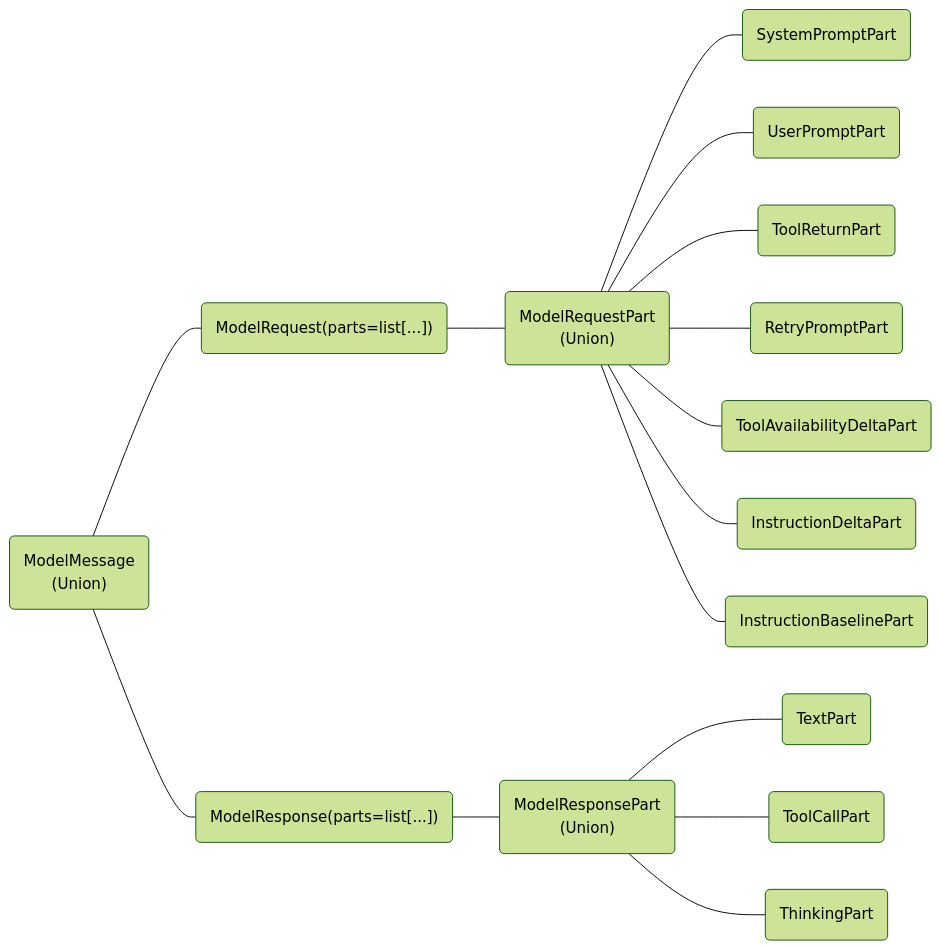
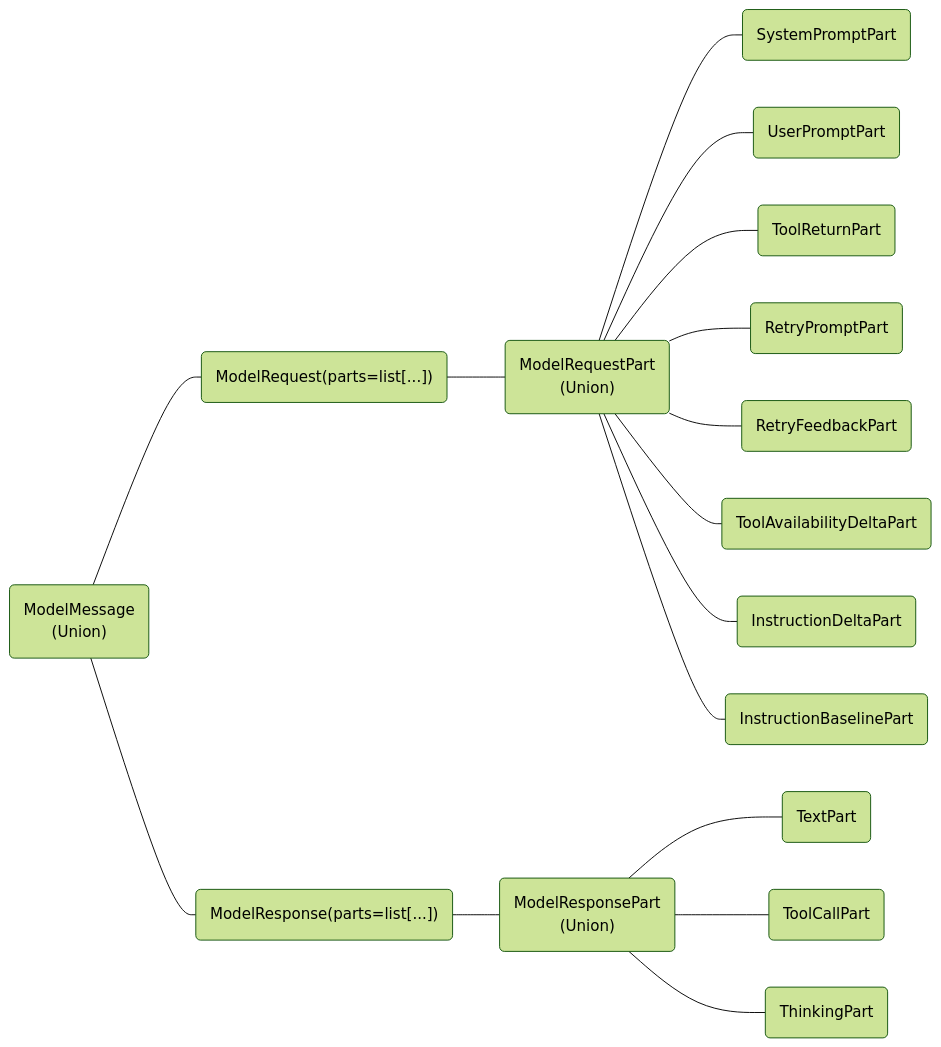
The diagram in docs/api/messages.md (pydantic/pydantic-ai), drawn with Mermaid (forest theme) before and after one commit. The commit also changed other lines of this file and 205 other files, not shown here.

Commit message:
Deprecate `RetryPromptPart` in favor of `ToolReturnPart(outcome='retried')` and `RetryFeedbackPart` (#8094)

````diff
--- a/docs/api/messages.md
+++ b/docs/api/messages.md
@@ -5,17 +5,18 @@
 ```mermaid
 graph RL
     SystemPromptPart(SystemPromptPart) --- ModelRequestPart
     UserPromptPart(UserPromptPart) --- ModelRequestPart
     ToolReturnPart(ToolReturnPart) --- ModelRequestPart
     RetryPromptPart(RetryPromptPart) --- ModelRequestPart
+    RetryFeedbackPart(RetryFeedbackPart) --- ModelRequestPart
     ToolAvailabilityDeltaPart(ToolAvailabilityDeltaPart) --- ModelRequestPart
     InstructionDeltaPart(InstructionDeltaPart) --- ModelRequestPart
     InstructionBaselinePart(InstructionBaselinePart) --- ModelRequestPart
     TextPart(TextPart) --- ModelResponsePart
     ToolCallPart(ToolCallPart) --- ModelResponsePart
     ThinkingPart(ThinkingPart) --- ModelResponsePart
     ModelRequestPart("ModelRequestPart<br>(Union)") --- ModelRequest
     ModelRequest("ModelRequest(parts=list[...])") --- ModelMessage
     ModelResponsePart("ModelResponsePart<br>(Union)") --- ModelResponse
     ModelResponse("ModelResponse(parts=list[...])") --- ModelMessage("ModelMessage<br>(Union)")
 ```
````
